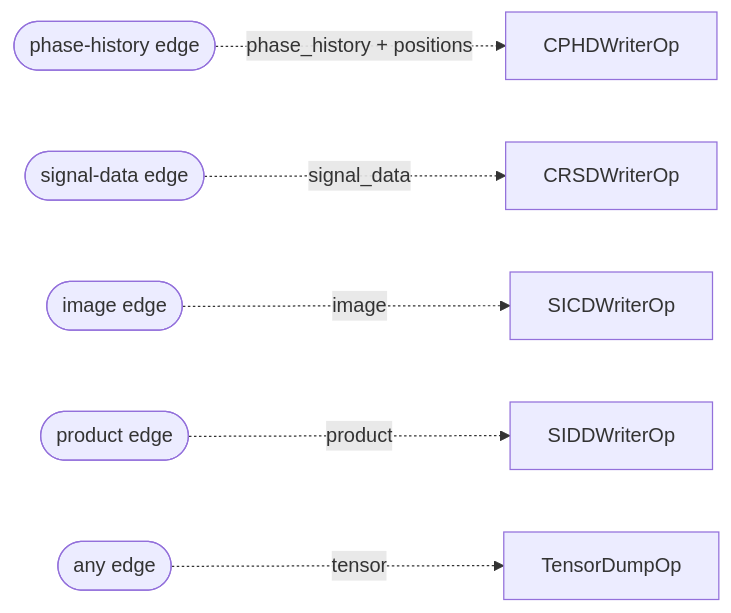
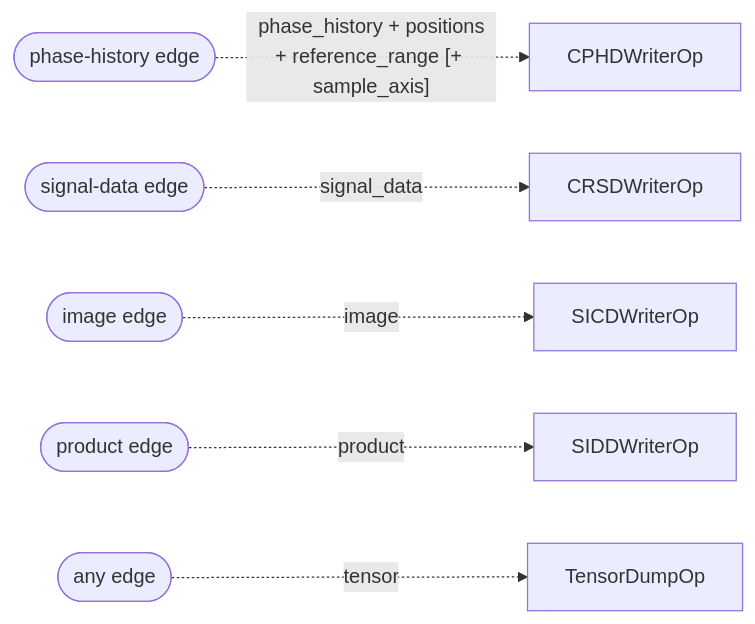
One commit to nvidia-holoscan/holoscan-radar changed the third of 3 diagrams in docs/planning/SAR/WORKFLOWS.md. Above: the diagram before and after it, drawn with Mermaid. The commit also changed other lines of this file and 3 other files, not shown here.

````diff
--- a/docs/planning/SAR/WORKFLOWS.md
+++ b/docs/planning/SAR/WORKFLOWS.md
@@ -222,8 +222,8 @@
 ```mermaid
 flowchart LR
-  PH(["phase-history edge"]) -.->|"phase_history + positions"| CW["CPHDWriterOp"]
+  PH(["phase-history edge"]) -.->|"phase_history + positions<br>+ reference_range [+ sample_axis]"| CW["CPHDWriterOp"]
   SIG(["signal-data edge"]) -.->|"signal_data"| CRW["CRSDWriterOp"]
   IMG(["image edge"]) -.->|"image"| SIC["SICDWriterOp"]
   PROD(["product edge"]) -.->|"product"| SID["SIDDWriterOp"]
   ANY(["any edge"]) -.->|"tensor"| TD["TensorDumpOp"]
 ```
````
